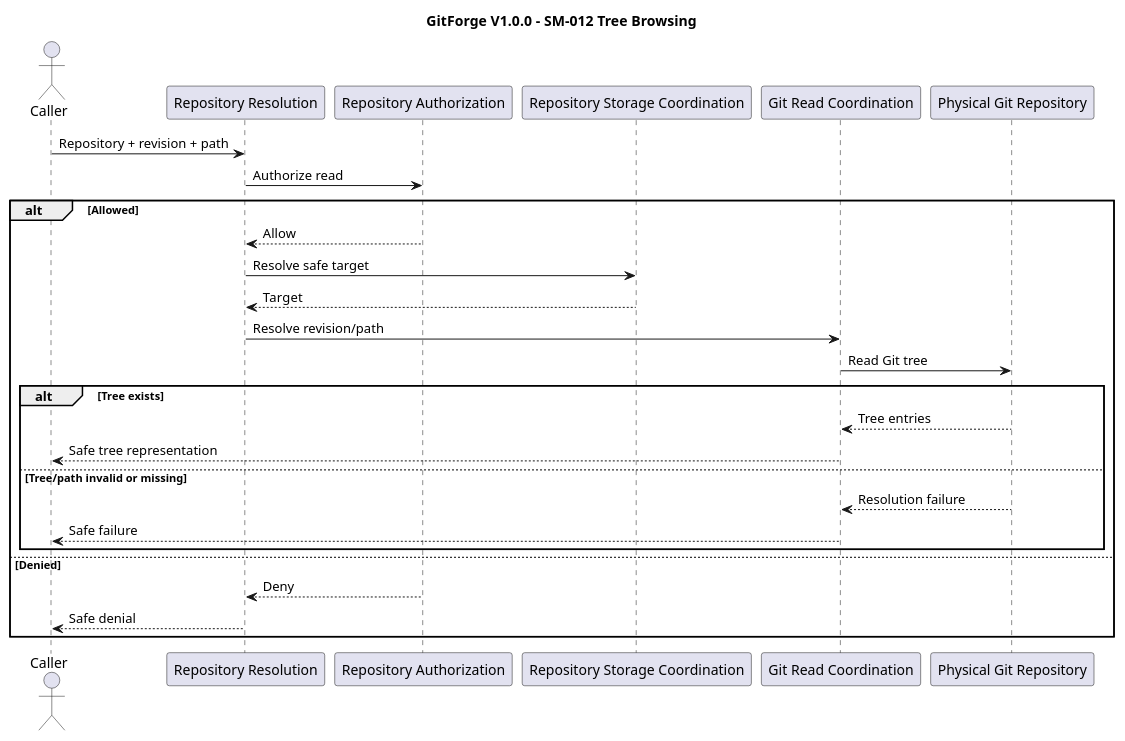
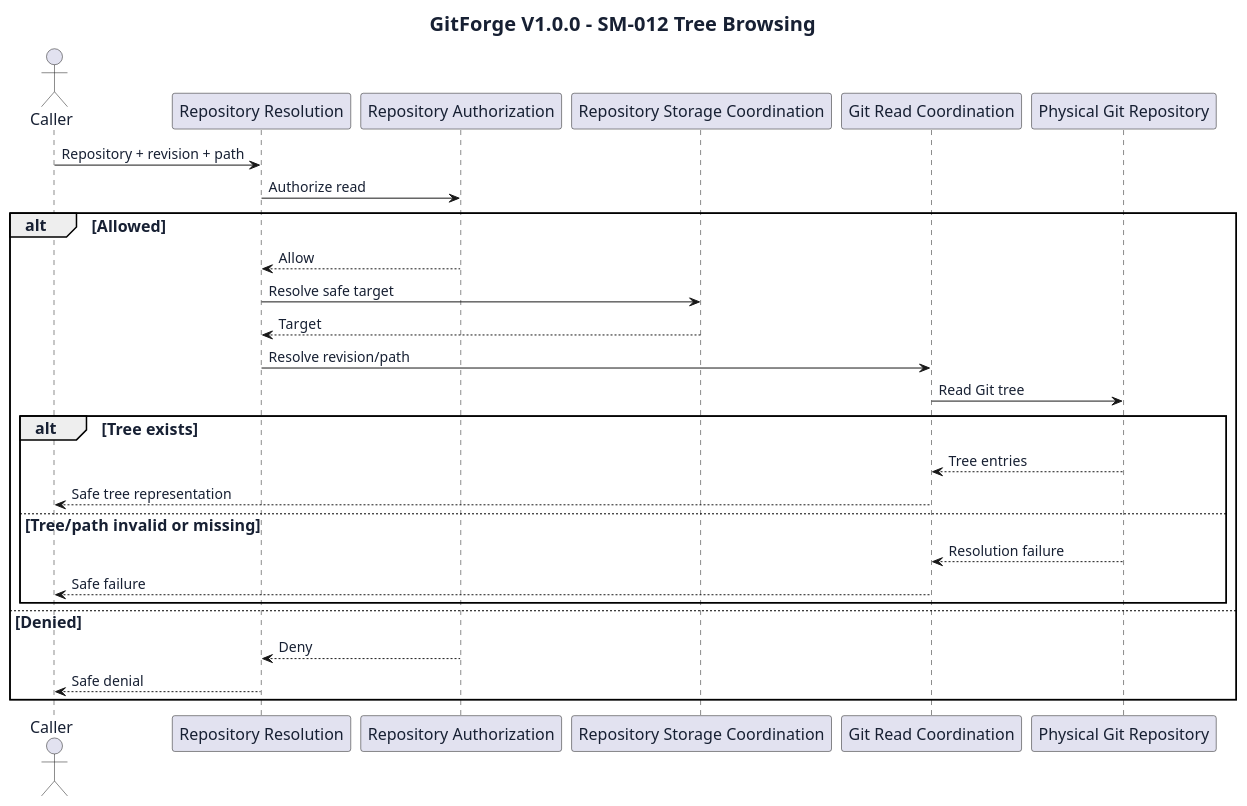
Before and after one commit to Farhad-V/Web-Git-Hosting-Platform: the diagram in docs/SDLC/03-system-analysis/diagrams/17-analysis-sequence-models-012.puml, drawn with PlantUML. The commit also changed 628 other files, not shown here.

Commit message:
Fix documentation encoding, table layout, and diagram typography

```diff
--- a/docs/SDLC/03-system-analysis/diagrams/17-analysis-sequence-models-012.puml
+++ b/docs/SDLC/03-system-analysis/diagrams/17-analysis-sequence-models-012.puml
@@ -1,28 +1,35 @@
 @startuml
+skinparam defaultFontName Arial
+skinparam defaultFontSize 16
+skinparam defaultFontColor #172033
+skinparam backgroundColor #FFFFFF
+skinparam titleFontSize 20
+skinparam ArrowFontSize 14
+skinparam noteFontSize 14
 title GitForge V1.0.0 - SM-012 Tree Browsing
 actor Caller
 participant "Repository Resolution" as Resolution
 participant "Repository Authorization" as Authz
 participant "Repository Storage Coordination" as Storage
 participant "Git Read Coordination" as Read
 participant "Physical Git Repository" as Repo
 Caller -> Resolution : Repository + revision + path
 Resolution -> Authz : Authorize read
 alt Allowed
     Authz --> Resolution : Allow
     Resolution -> Storage : Resolve safe target
     Storage --> Resolution : Target
     Resolution -> Read : Resolve revision/path
     Read -> Repo : Read Git tree
     alt Tree exists
         Repo --> Read : Tree entries
         Read --> Caller : Safe tree representation
     else Tree/path invalid or missing
         Repo --> Read : Resolution failure
         Read --> Caller : Safe failure
     end
 else Denied
     Authz --> Resolution : Deny
     Resolution --> Caller : Safe denial
 end
 @enduml
```
